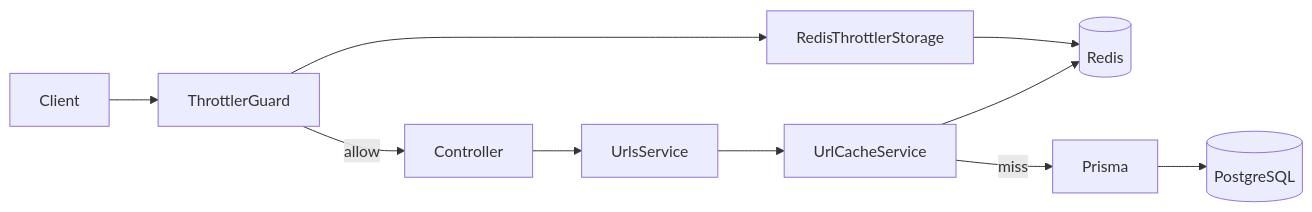
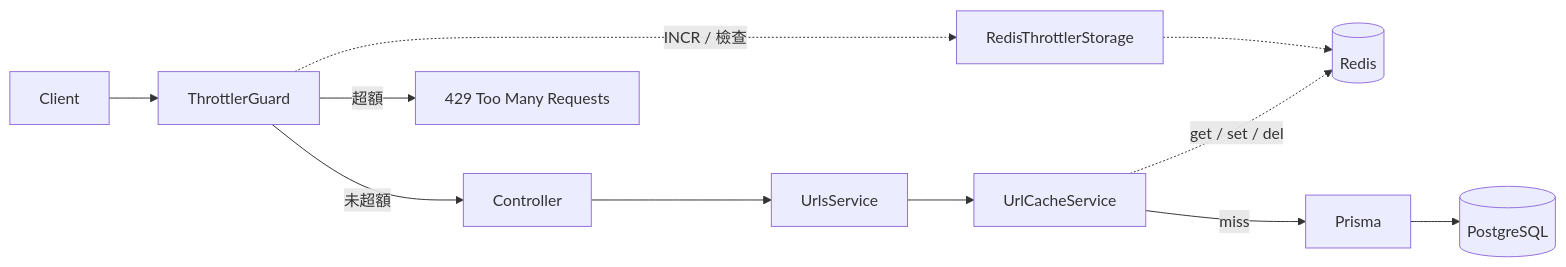
Before and after one commit to FreeYoshino/url-shortener: the diagram in README.md, drawn with Mermaid. The commit also changed other lines of this file and 21 other files, not shown here.

````diff
--- a/README.md
+++ b/README.md
@@ -44,12 +47,13 @@
 ```mermaid
 flowchart LR
   Client --> Guard[ThrottlerGuard]
-  Guard --> Store[RedisThrottlerStorage]
-  Store --> Redis[(Redis)]
-  Guard -->|allow| Controller
+  Guard -->|未超額| Controller[Controller]
+  Guard -->|超額| E429[429 Too Many Requests]
+  Guard -.->|INCR / 檢查| Store[RedisThrottlerStorage]
+  Store -.-> Redis[(Redis)]
   Controller --> Service[UrlsService]
   Service --> Cache[UrlCacheService]
-  Cache --> Redis
-  Cache -- miss --> Prisma[Prisma]
+  Cache -.->|get / set / del| Redis
+  Cache -->|miss| Prisma[Prisma]
   Prisma --> Postgres[(PostgreSQL)]
 ```
````
